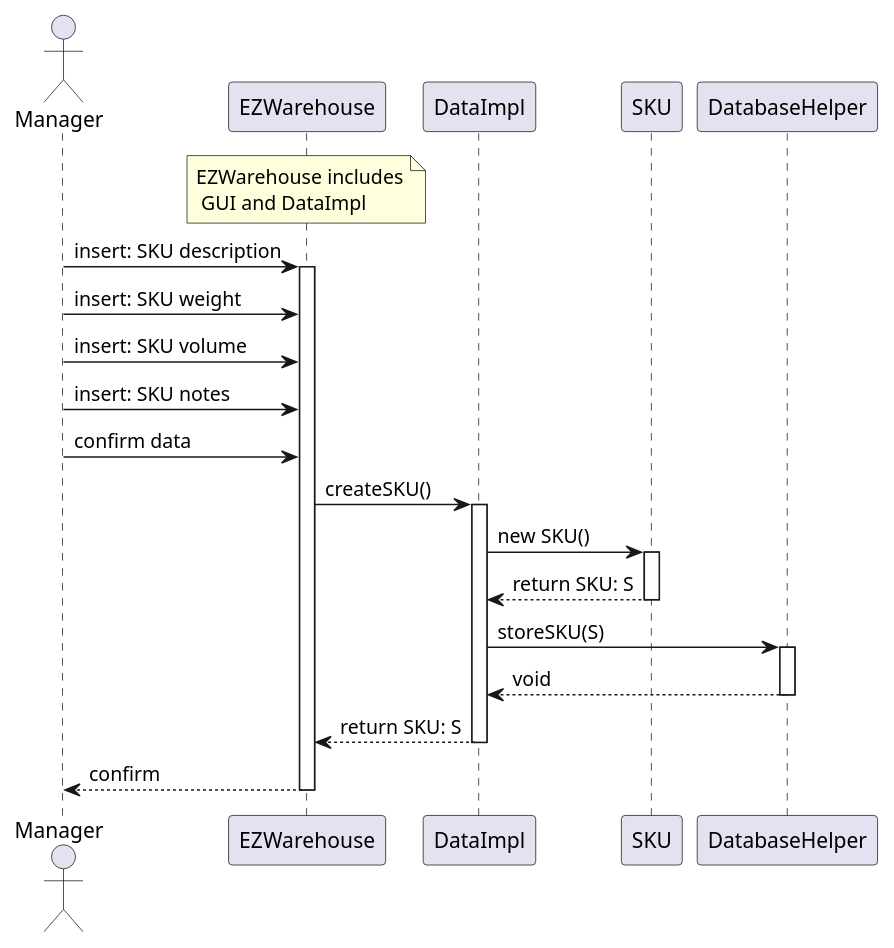
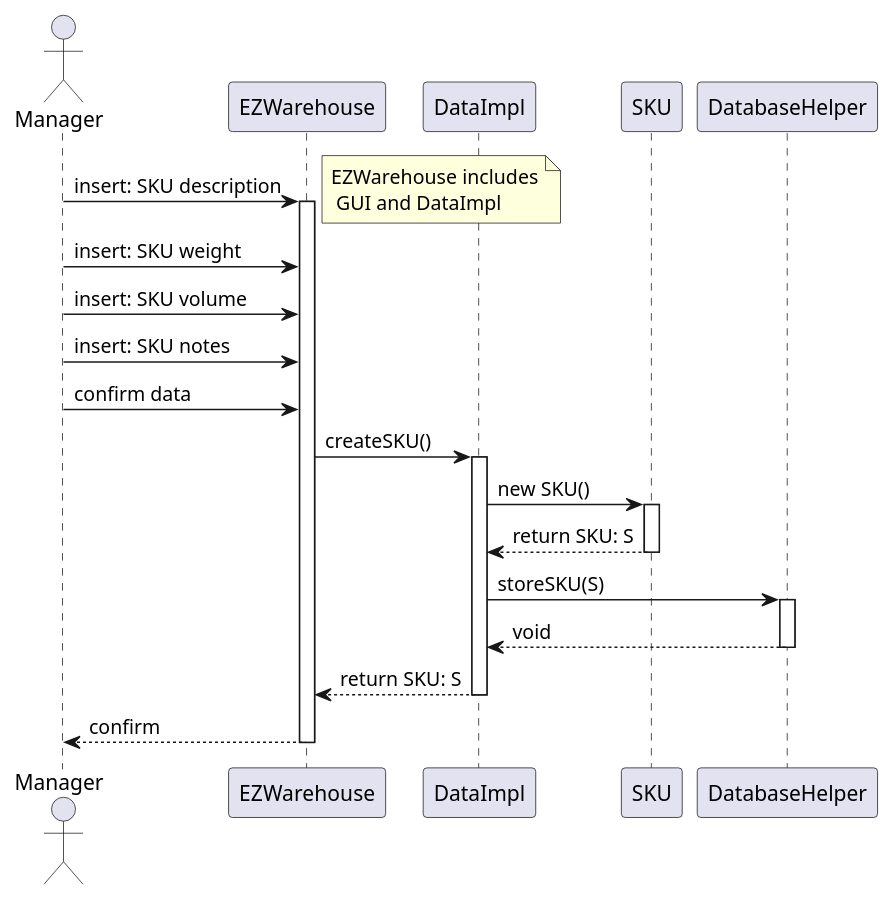
One commit to DavideArcolini/SoftEng_garbageCollector changed the fifth of 6 diagrams in DESIGN PART/DesignDocument.md. Above: the diagram before and after it, drawn with PlantUML. The commit also changed other lines of this file, not shown here.

````diff
--- a/DESIGN PART/DesignDocument.md
+++ b/DESIGN PART/DesignDocument.md
@@ -528,30 +507,36 @@
 ```plantuml
 actor Manager as Manager
 participant EZWarehouse as EZWarehouse
 participant DataImpl as DataImpl
 participant SKU as SKU
 participant DatabaseHelper as DatabaseHelper
 
-note over EZWarehouse : EZWarehouse includes\n GUI and DataImpl
 Manager -> EZWarehouse: insert: SKU description
 activate EZWarehouse
+note right : EZWarehouse includes\n GUI and DataImpl
 Manager -> EZWarehouse: insert: SKU weight
 Manager -> EZWarehouse: insert: SKU volume
 Manager -> EZWarehouse: insert: SKU notes
 Manager -> EZWarehouse: confirm data
 
 EZWarehouse -> DataImpl: createSKU()
 activate DataImpl
+
 DataImpl -> SKU: new SKU()
 activate SKU
+
 SKU --> DataImpl: return SKU: S
 deactivate SKU
+
 DataImpl -> DatabaseHelper: storeSKU(S)
 activate DatabaseHelper
+
 DatabaseHelper --> DataImpl: void 
 deactivate DatabaseHelper
+
 DataImpl --> EZWarehouse: return SKU: S 
 deactivate DataImpl
+
 EZWarehouse --> Manager: confirm
 deactivate EZWarehouse
 ```
````
